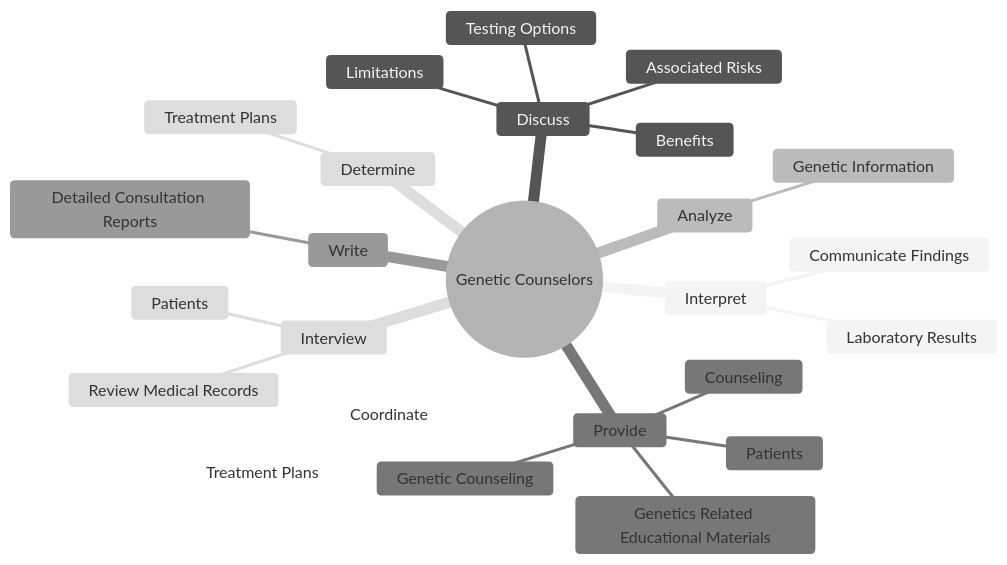
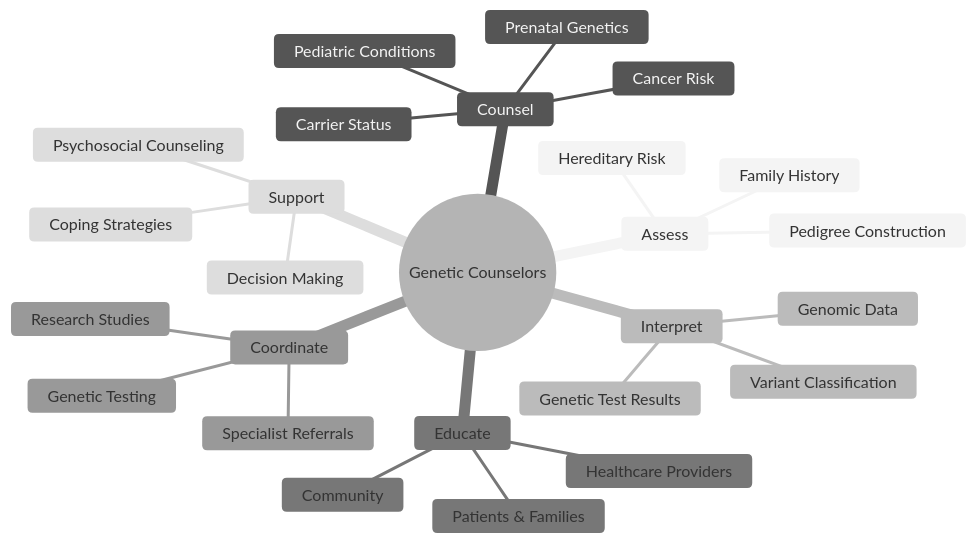
Before and after one commit to kziemski/business.org.ai: the second of 4 diagrams in occupations/HealthcarePractitioners/GeneticCounselors.mdx, drawn with Mermaid (neutral theme). The commit also changed other lines of this file and 938 other files, not shown here.

````diff
--- a/occupations/HealthcarePractitioners/GeneticCounselors.mdx
+++ b/occupations/HealthcarePractitioners/GeneticCounselors.mdx
@@ -37,28 +45,29 @@
 ```mermaid
 mindmap
     root(("Genetic Counselors"))
+        Assess
+            Family History
+            Hereditary Risk
+            Pedigree Construction
+        Counsel
+            Prenatal Genetics
+            Cancer Risk
+            Pediatric Conditions
+            Carrier Status
         Interpret
-            Laboratory Results
-            Communicate Findings
-        Discuss
-            Testing Options
-            Associated Risks
-            Benefits
-            Limitations
-        Analyze
-            Genetic Information
-        Provide
-            Counseling
-            Genetic Counseling
-            Patients
-            Genetics Related Educational Materials
-        Write
-            Detailed Consultation Reports
-        Determine
-            Treatment Plans
+            Genetic Test Results
+            Variant Classification
+            Genomic Data
+        Educate
+            Patients & Families
+            Healthcare Providers
+            Community
         Coordinate
-            Treatment Plans
-        Interview
-            Patients
-            Review Medical Records
+            Genetic Testing
+            Specialist Referrals
+            Research Studies
+        Support
+            Psychosocial Counseling
+            Decision Making
+            Coping Strategies
 ```
````
